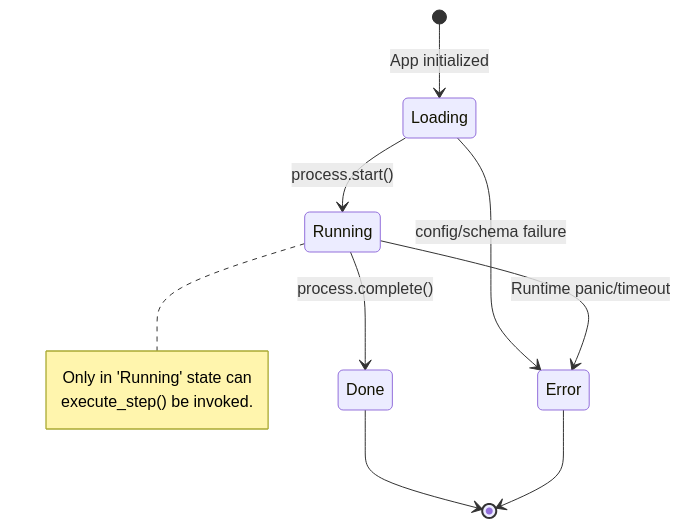
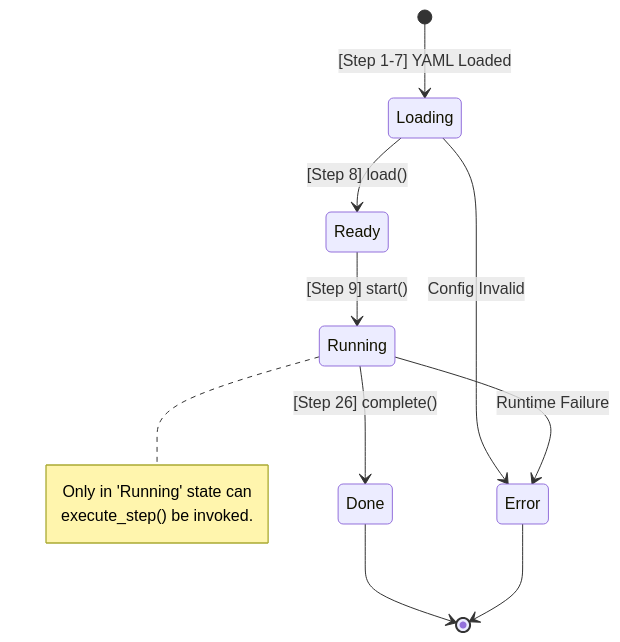
One commit to lokeshpusarla100/AgentKube changed the second of 5 diagrams in docs/SYSTEM_ATLAS.md. Above: the diagram before and after it, drawn with Mermaid. The commit also changed other lines of this file and 9 other files, not shown here.

````diff
--- a/docs/SYSTEM_ATLAS.md
+++ b/docs/SYSTEM_ATLAS.md
@@ -68,15 +107,16 @@
 ```mermaid
 stateDiagram-v2
-    [*] --> Loading : App initialized
-    Loading --> Running : process.start()
-    Running --> Done : process.complete()
-    Loading --> Error : config/schema failure
-    Running --> Error : Runtime panic/timeout
+    [*] --> Loading : [Step 1-7] YAML Loaded
+    Loading --> Ready : [Step 8] load()
+    Ready --> Running : [Step 9] start()
+    Running --> Done : [Step 26] complete()
+    Loading --> Error : Config Invalid
+    Running --> Error : Runtime Failure
     Done --> [*]
     Error --> [*]
     
     note right of Running
         Only in 'Running' state can 
         execute_step() be invoked.
     end note
 ```
````
